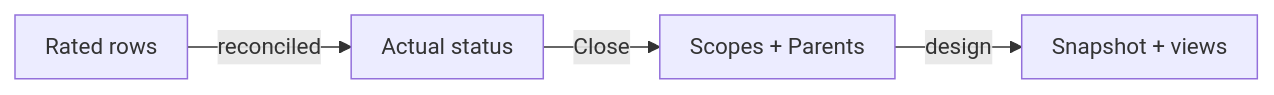
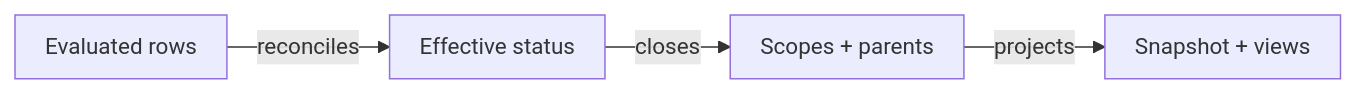
Before and after one commit to crististefanita/atf_j0: diagram 11 of 18 in atf-reporting/README.md, drawn with Mermaid. The commit also changed other lines of this file and 13 other files, not shown here.

````diff
--- a/atf-reporting/README.md
+++ b/atf-reporting/README.md
@@ -1372,7 +1267,7 @@
 ```mermaid
 %%{init: {"themeVariables":{"fontSize":"15px"},"themeCSS":".nodeLabel, .nodeLabel p { font-size: 15px !important; line-height: 1.35 !important; } .edgeLabel, .edgeLabel p { font-size: 12px !important; font-weight: 400 !important; line-height: 1.2 !important; } .edgeLabel .labelBkg, .edgeLabel p { background: transparent !important; } .edgeLabel foreignObject { transform: translateY(-18px); overflow: visible; } .node rect { rx: 6px; ry: 6px; }","flowchart":{"curve":"linear","nodeSpacing":24,"rankSpacing":40,"padding":10,"diagramPadding":16}}}%%
 flowchart LR
-    Rows["Rated rows"] -->|reconciled| Verdict["Actual status"]
-    Verdict -->|Close| Scope["Scopes + Parents"]
-    Scope -->|design| Views["Snapshot + views"]
+    Rows["Evaluated rows"] -->|reconciles| Verdict["Effective status"]
+    Verdict -->|closes| Scope["Scopes + parents"]
+    Scope -->|projects| Views["Snapshot + views"]
 ```
````
